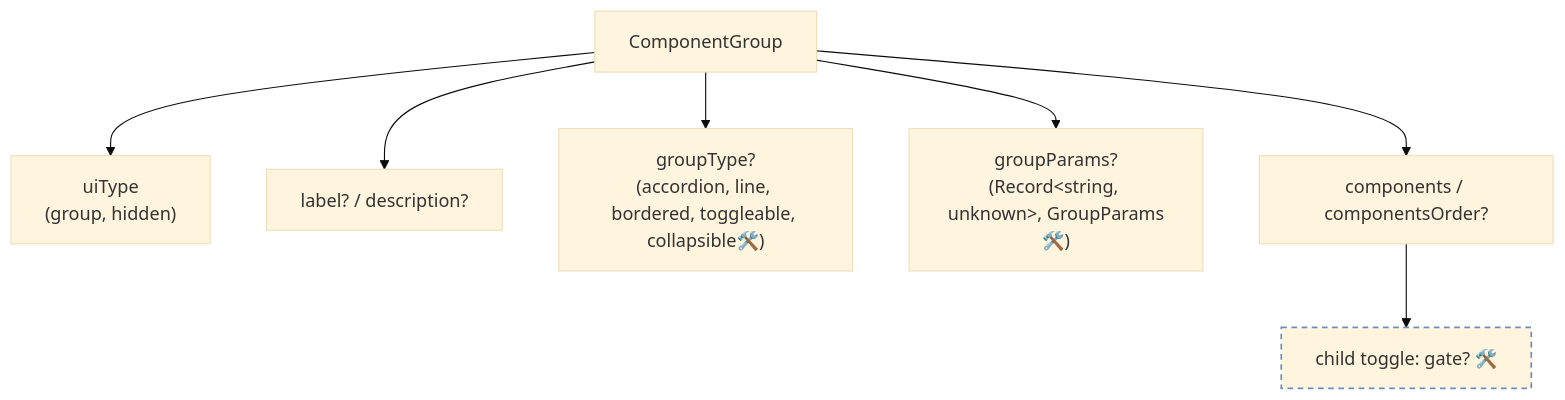
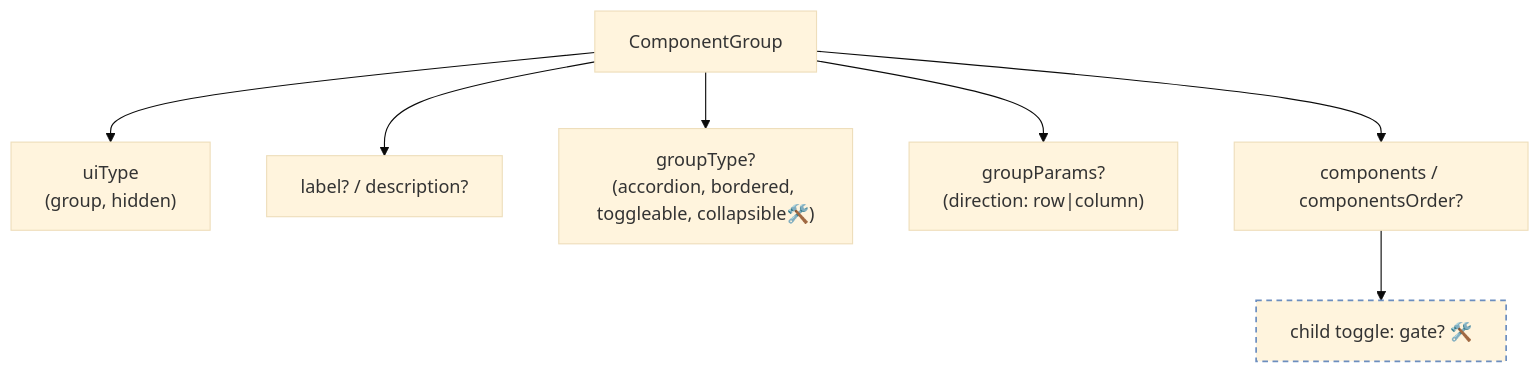
Before and after one commit to openeverest/openeverest: the second of 6 diagrams in docs/ui/architecture/ui-generator/schema-reference.md, drawn with Mermaid (base theme). The commit also changed other lines of this file and 22 other files, not shown here.

First line of the commit message:
feat(ui): add UI Generator groupParams.direction

````diff
--- a/docs/ui/architecture/ui-generator/schema-reference.md
+++ b/docs/ui/architecture/ui-generator/schema-reference.md
@@ -33,12 +33,12 @@
 ```mermaid
 flowchart TD
   G["ComponentGroup"] --> U["uiType<br/>(group, hidden)"]
   G --> LD["label? / description?"]
-  G --> GT["groupType?<br/>(accordion, line, bordered, toggleable, collapsible🛠️)"]
-  G --> GP["groupParams?<br/>(Record&lt;string, unknown&gt;, GroupParams🛠️)"]
+  G --> GT["groupType?<br/>(accordion, bordered, toggleable, collapsible🛠️)"]
+  G --> GP["groupParams?<br/>(direction: row|column)"]
   G --> CH["components / componentsOrder?"]
   CH --> GATE["child toggle: gate? 🛠️"]
 
   classDef planned stroke-dasharray:5 4,stroke:#6c8ebf,stroke-width:1.5px;
   class GATE planned;
 ```
````
